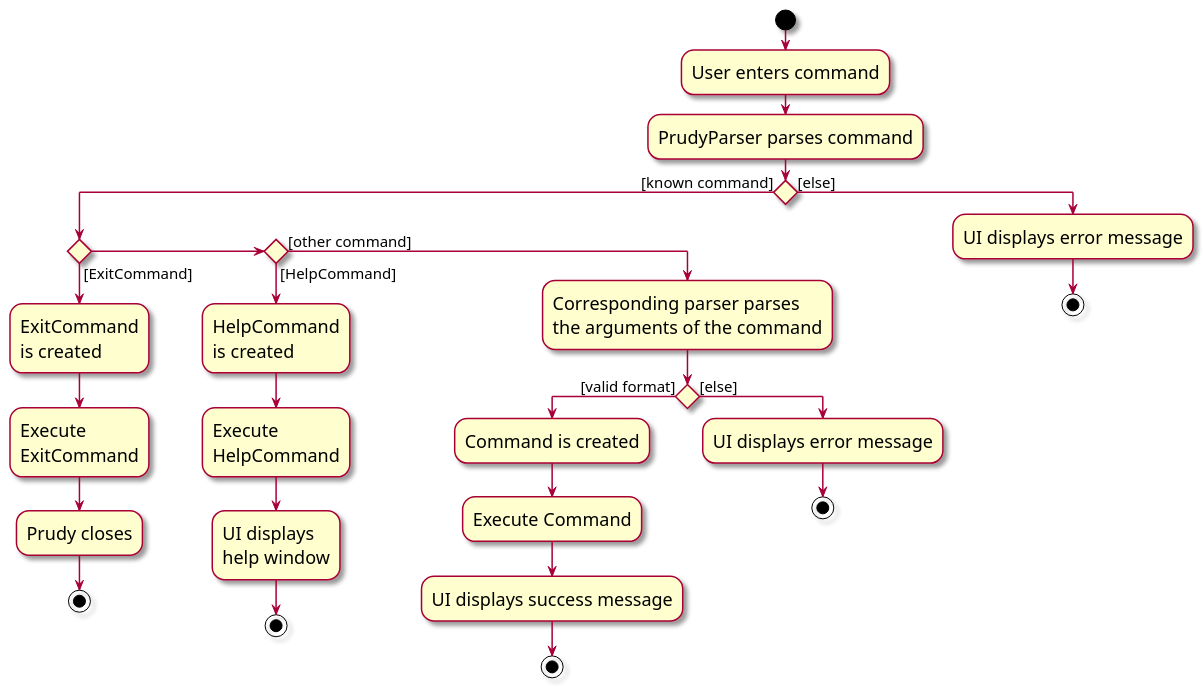
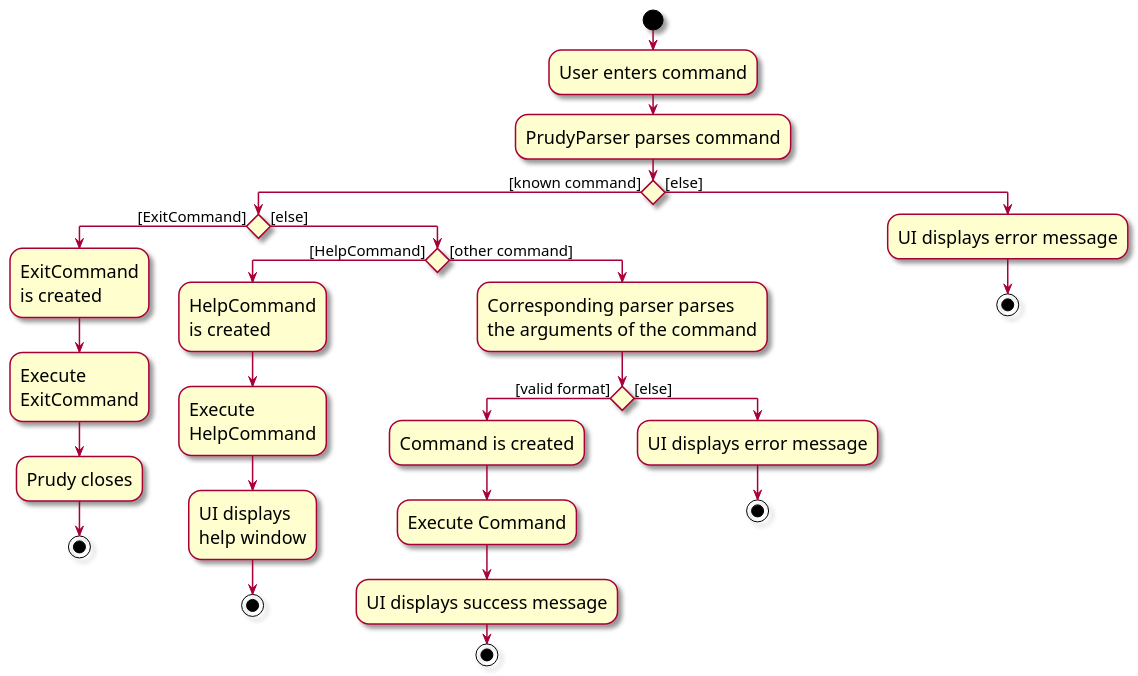
One commit to nus-cs2103-AY2425S1/tp changed the diagram in docs/diagrams/FlowActivityDiagram.puml. Above: the diagram before and after it, drawn with PlantUML. The commit also changed 1 other file, not shown here.

Commit message:
Update activity diagram and UG

```diff
--- a/docs/diagrams/FlowActivityDiagram.puml
+++ b/docs/diagrams/FlowActivityDiagram.puml
@@ -1,44 +1,45 @@
 @startuml
 skin rose
 skinparam ActivityFontSize 18
 skinparam ArrowFontSize 15
 start
 :User enters command;
 :PrudyParser parses command;
 
 if () then ([known command])
     if () then ([ExitCommand])
         :ExitCommand
         is created;
         :Execute
         ExitCommand;
         :Prudy closes;
         stop
-    elseif () then ([HelpCommand])
-        :HelpCommand
-        is created;
-        :Execute
-        HelpCommand;
-        :UI displays
-        help window;
-        stop
-    else ([other command])
-        :Corresponding parser parses
-        the arguments of the command;
-                if () then ([valid format])
-                    :Command is created;
-                    :Execute Command;
-                    :UI displays success message;
-                    stop
-                else ([else])
-                    :UI displays error message;
-                    stop
-                endif
+    else ([else])
+        if () then ([HelpCommand])
+            :HelpCommand
+            is created;
+            :Execute
+            HelpCommand;
+            :UI displays
+            help window;
+            stop
+        else ([other command])
+            :Corresponding parser parses
+            the arguments of the command;
+            if () then ([valid format])
+                :Command is created;
+                :Execute Command;
+                :UI displays success message;
+                stop
+            else ([else])
+                :UI displays error message;
+                stop
+            endif
+        endif
     endif
-
 else ([else])
     :UI displays error message;
     stop
-    endif
+endif
 
 @enduml
```
